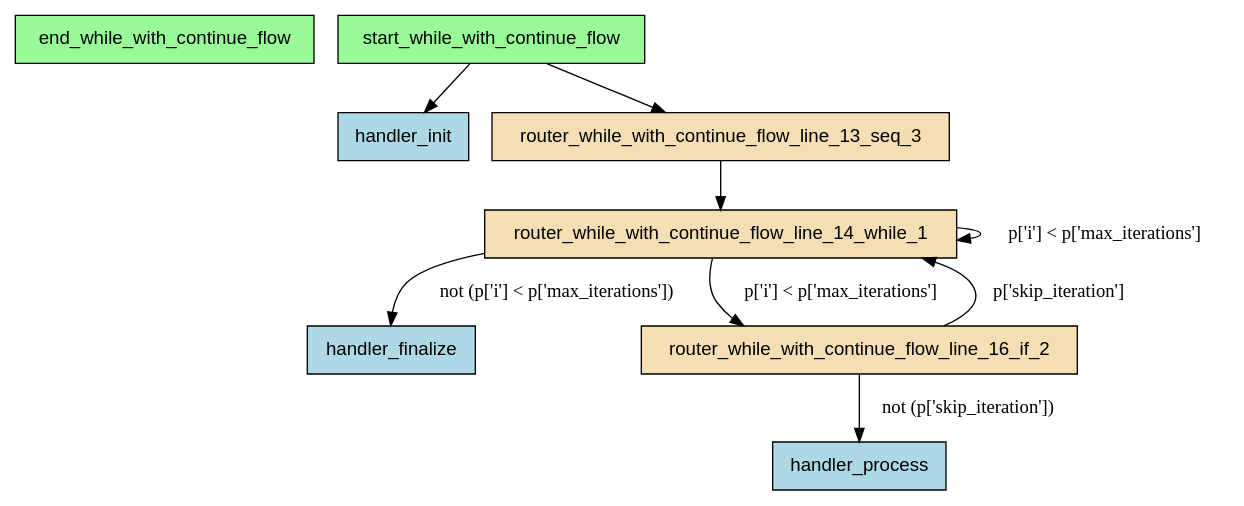
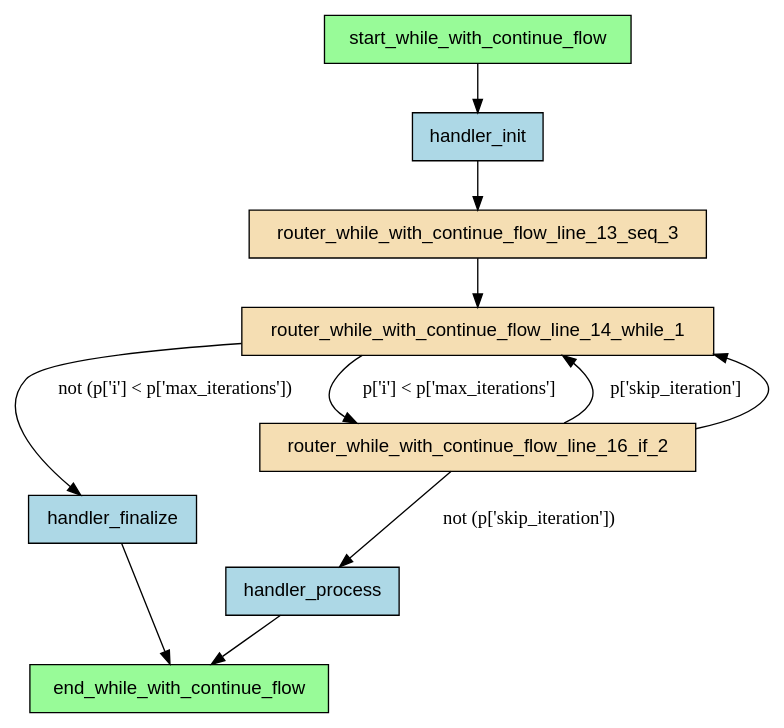
Before and after one commit to deliveryhero/asya: the diagram in examples/flows/compiled/while_with_continue/flow.dot, drawn with Graphviz. The commit also changed 224 other files, not shown here.

```diff
--- a/examples/flows/compiled/while_with_continue/flow.dot
+++ b/examples/flows/compiled/while_with_continue/flow.dot
@@ -1,22 +1,24 @@
 digraph "while_with_continue_flow" {
     rankdir=TB;
     node [shape=box, style=filled, fontname="Helvetica"];
 
     end_while_with_continue_flow [label="end_while_with_continue_flow", fillcolor=palegreen];
     handler_finalize [label="handler_finalize", fillcolor=lightblue];
     handler_init [label="handler_init", fillcolor=lightblue];
     handler_process [label="handler_process", fillcolor=lightblue];
     router_while_with_continue_flow_line_13_seq_3 [label="router_while_with_continue_flow_line_13_seq_3", fillcolor=wheat];
     router_while_with_continue_flow_line_14_while_1 [label="router_while_with_continue_flow_line_14_while_1", fillcolor=wheat];
     router_while_with_continue_flow_line_16_if_2 [label="router_while_with_continue_flow_line_16_if_2", fillcolor=wheat];
     start_while_with_continue_flow [label="start_while_with_continue_flow", fillcolor=palegreen];
 
     start_while_with_continue_flow -> handler_init;
-    start_while_with_continue_flow -> router_while_with_continue_flow_line_13_seq_3;
+    handler_init -> router_while_with_continue_flow_line_13_seq_3;
     router_while_with_continue_flow_line_16_if_2 -> router_while_with_continue_flow_line_14_while_1 [label="p['skip_iteration']"];
     router_while_with_continue_flow_line_16_if_2 -> handler_process [label="not (p['skip_iteration'])"];
     router_while_with_continue_flow_line_14_while_1 -> router_while_with_continue_flow_line_16_if_2 [label="p['i'] < p['max_iterations']"];
-    router_while_with_continue_flow_line_14_while_1 -> router_while_with_continue_flow_line_14_while_1 [label="p['i'] < p['max_iterations']"];
+    router_while_with_continue_flow_line_16_if_2 -> router_while_with_continue_flow_line_14_while_1;
     router_while_with_continue_flow_line_14_while_1 -> handler_finalize [label="not (p['i'] < p['max_iterations'])"];
     router_while_with_continue_flow_line_13_seq_3 -> router_while_with_continue_flow_line_14_while_1;
+    handler_finalize -> end_while_with_continue_flow;
+    handler_process -> end_while_with_continue_flow;
 }
```
